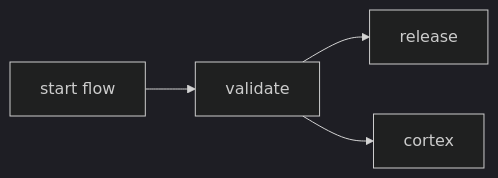
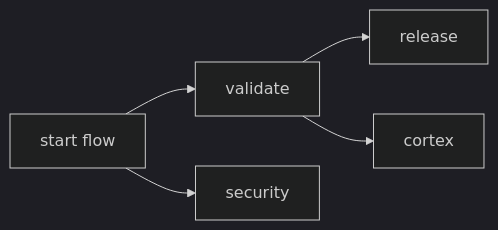
The first of 2 diagrams in .github/workflows/docs/frontend/frontend_npm_release.md (JupiterOne/.github), drawn with Mermaid (dark theme) before and after one commit. The commit also changed other lines of this file and 21 other files, not shown here.

````diff
--- a/.github/workflows/docs/frontend/frontend_npm_release.md
+++ b/.github/workflows/docs/frontend/frontend_npm_release.md
@@ -45,11 +43,13 @@
 ```mermaid
 graph LR;
     A[start flow];
     B[validate];
     C[release];
     D[cortex];
+    E[security];
 
     A --> B;
     B --> C;
     B --> D;
+    A --> E;
 ```
````
